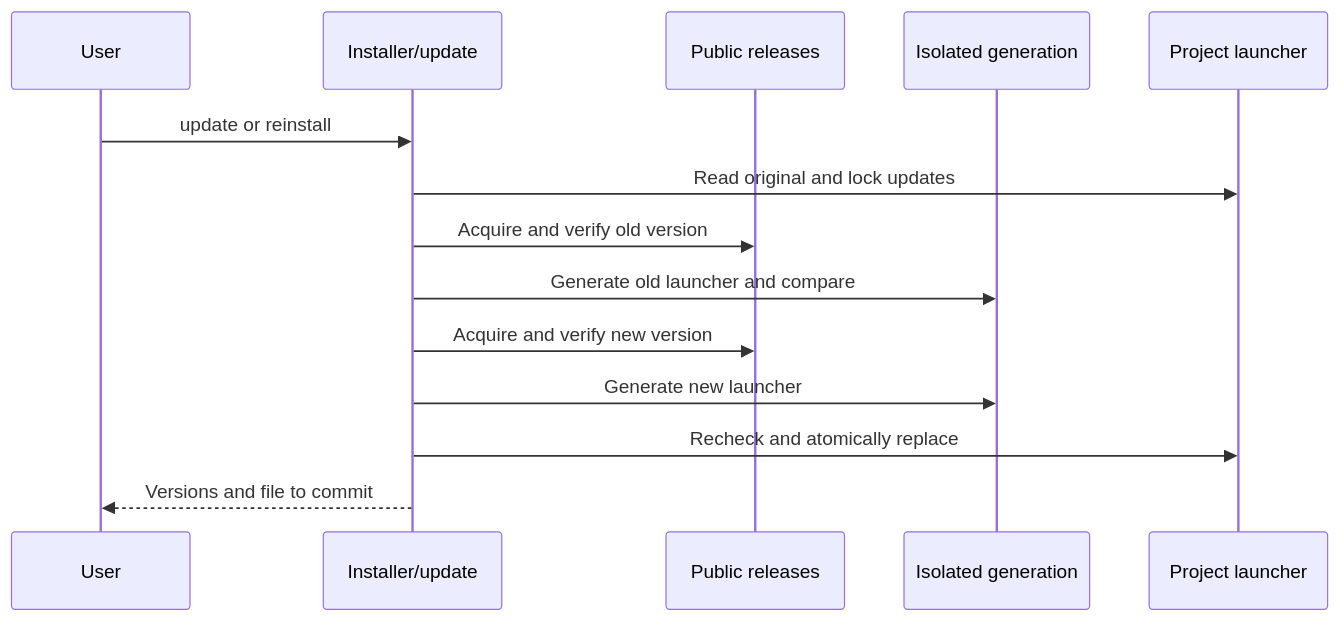
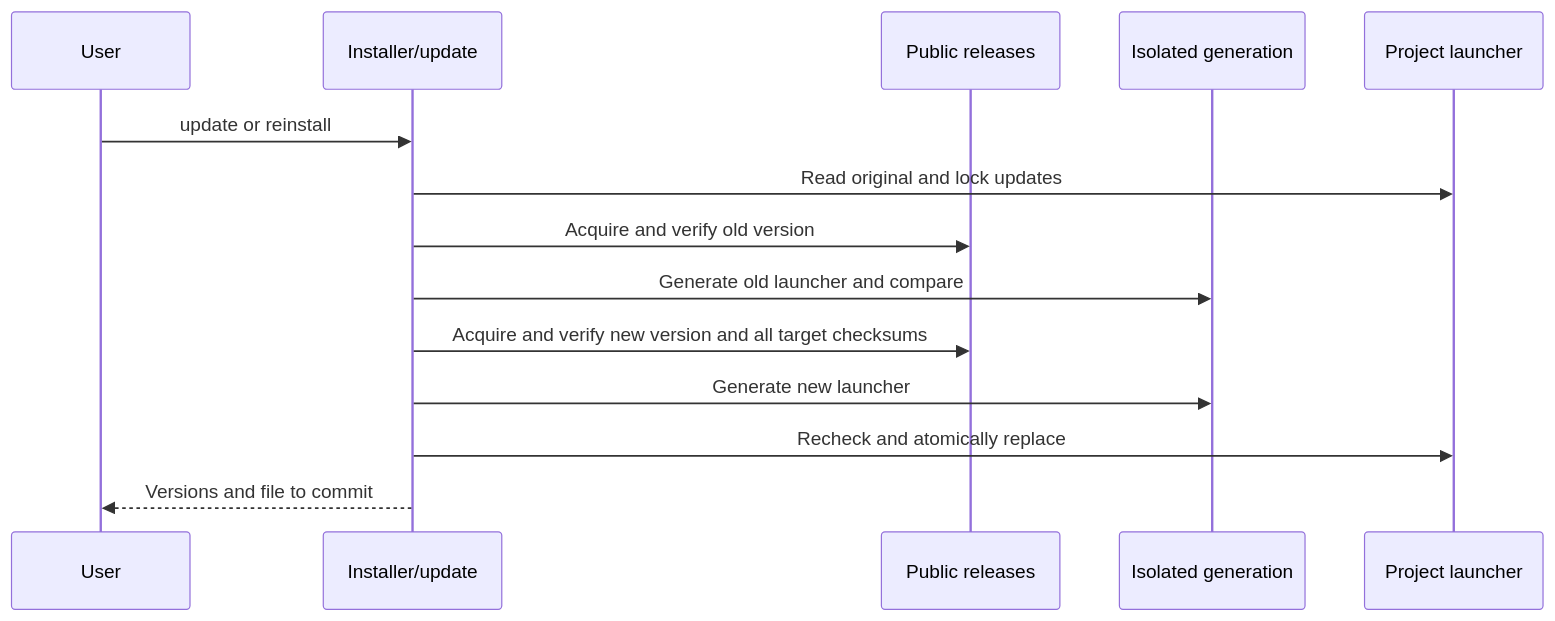
One commit to azu/sdev changed the diagram in docs/products/sdev/features/project-bootstrap/design.md. Above: the diagram before and after it, drawn with Mermaid. The commit also changed other lines of this file and 18 other files, not shown here.

````diff
--- a/docs/products/sdev/features/project-bootstrap/design.md
+++ b/docs/products/sdev/features/project-bootstrap/design.md
@@ -115,16 +124,16 @@
 ```mermaid
 sequenceDiagram
     participant U as User
     participant I as Installer/update
     participant R as Public releases
     participant S as Isolated generation
     participant P as Project launcher
     U->>I: update or reinstall
     I->>P: Read original and lock updates
     I->>R: Acquire and verify old version
     I->>S: Generate old launcher and compare
-    I->>R: Acquire and verify new version
+    I->>R: Acquire and verify new version and all target checksums
     I->>S: Generate new launcher
     I->>P: Recheck and atomically replace
     I-->>U: Versions and file to commit
 ```
````
